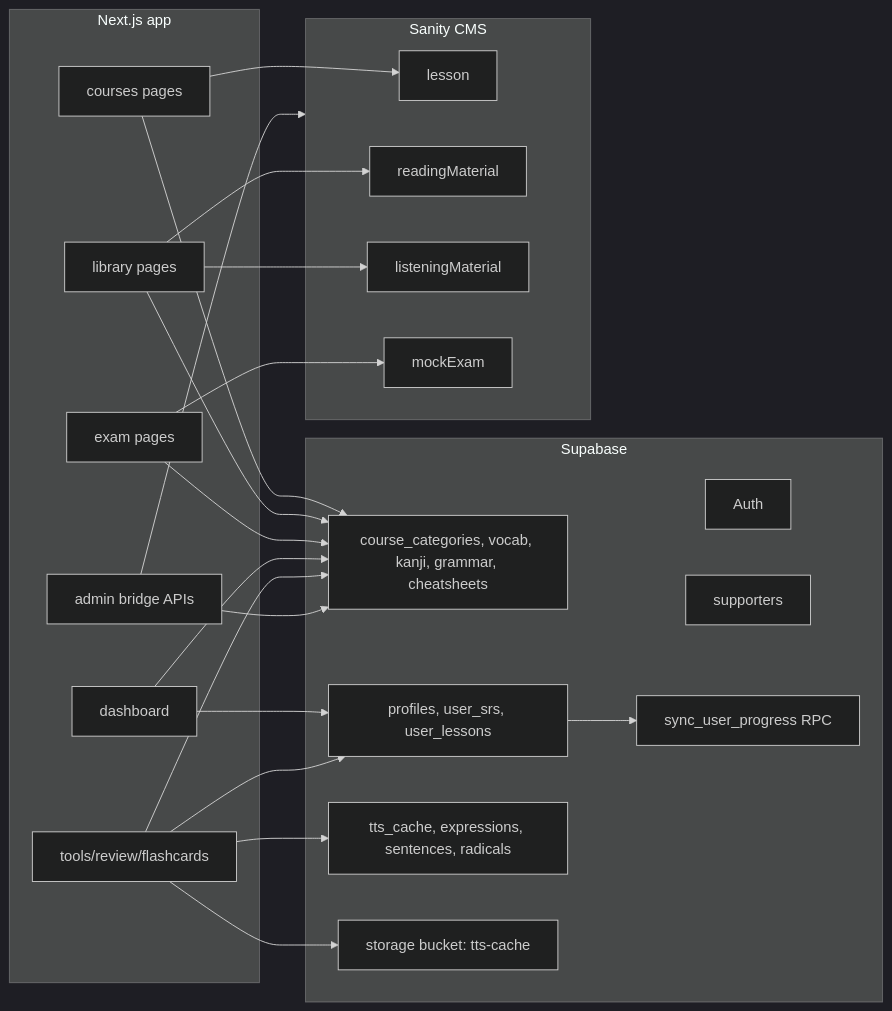
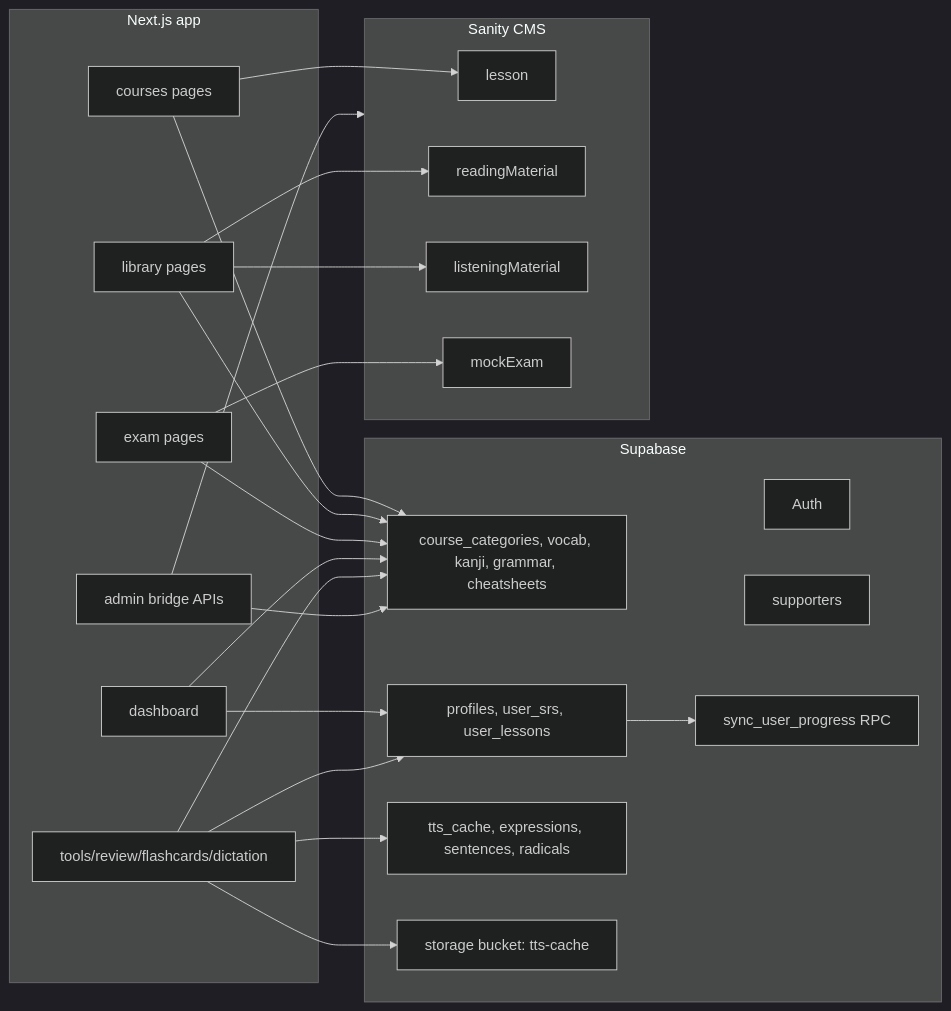
The third of 13 diagrams in architecture_visual.md (zan-118/nihongoroute), drawn with Mermaid (dark theme) before and after one commit. The commit also changed 143 other files, not shown here.

Commit message:
feat: add tools, library, learning timeline, and flashcard components with DB and API helpers

````diff
--- a/architecture_visual.md
+++ b/architecture_visual.md
@@ -68,45 +68,45 @@
 ```mermaid
 flowchart LR
   subgraph Supabase["Supabase"]
     Auth["Auth"]
     PublicTables["course_categories, vocab, kanji, grammar, cheatsheets"]
     UserTables["profiles, user_srs, user_lessons"]
     Supporters["supporters"]
     OpsTables["tts_cache, expressions, sentences, radicals"]
     Storage["storage bucket: tts-cache"]
     RPC["sync_user_progress RPC"]
   end
 
   subgraph Sanity["Sanity CMS"]
     Lesson["lesson"]
     Reading["readingMaterial"]
     Listening["listeningMaterial"]
     MockExam["mockExam"]
   end
 
   subgraph NextApp["Next.js app"]
     Courses["courses pages"]
     Library["library pages"]
     Exams["exam pages"]
     Dashboard["dashboard"]
-    Tools["tools/review/flashcards"]
+    Tools["tools/review/flashcards/dictation"]
     StudioBridge["admin bridge APIs"]
   end
 
   Courses --> PublicTables
   Courses --> Lesson
   Library --> PublicTables
   Library --> Reading
   Library --> Listening
   Exams --> MockExam
   Exams --> PublicTables
   Dashboard --> UserTables
   Dashboard --> PublicTables
   Tools --> PublicTables
   Tools --> UserTables
   Tools --> Storage
   Tools --> OpsTables
   StudioBridge --> PublicTables
   StudioBridge --> Sanity
   UserTables --> RPC
 ```
````
